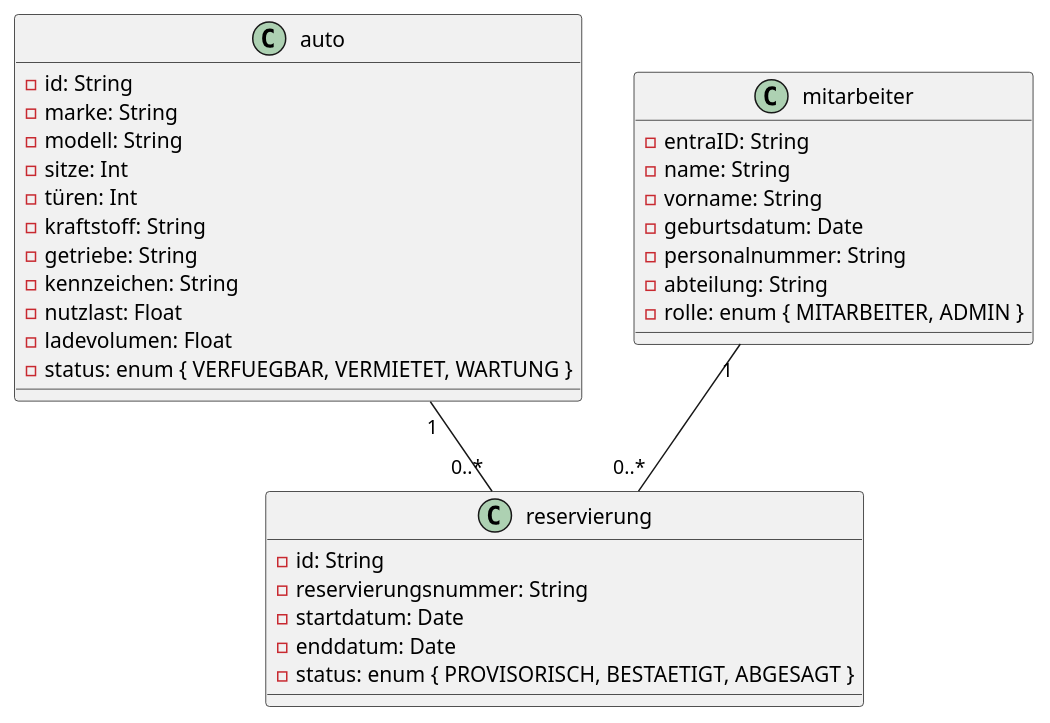
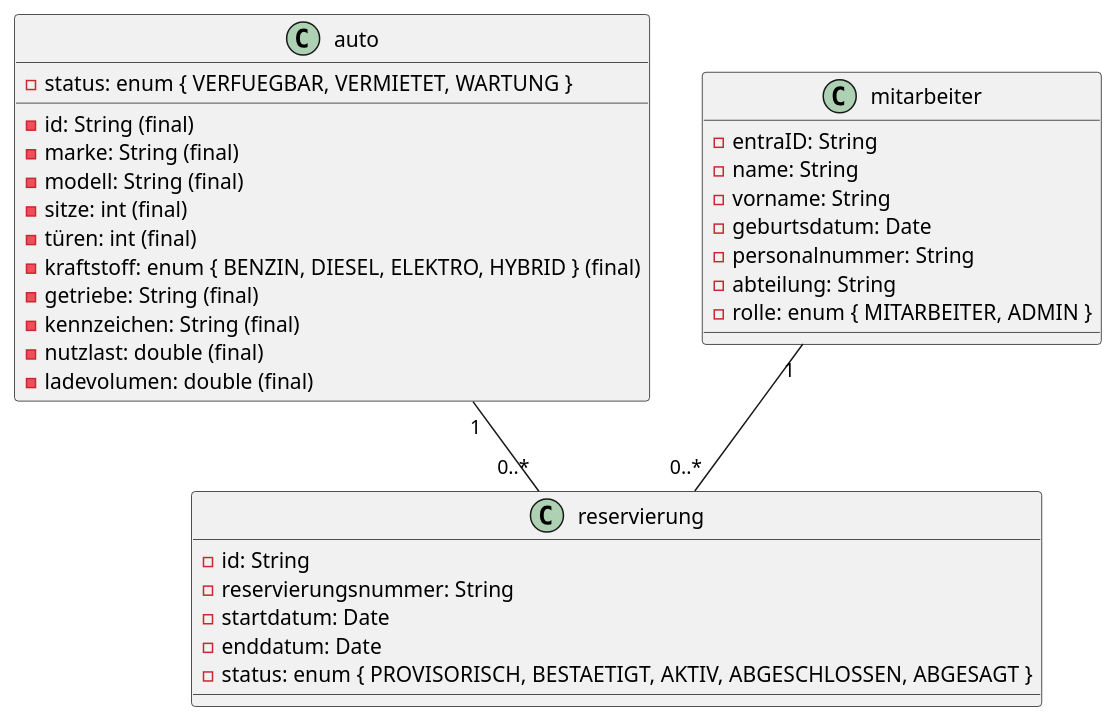
One commit to benjamingolder/go changed the diagram in docs/architecture.puml. Above: the diagram before and after it, drawn with PlantUML. The commit also changed 9 other files, not shown here.

```diff
--- a/docs/architecture.puml
+++ b/docs/architecture.puml
@@ -1,40 +1,38 @@
 @startuml
 
 class auto {
-    - id: String
-    - marke: String
-    - modell: String
-    - sitze: Int
-    - türen: Int
-    - kraftstoff: String
-    - getriebe: String
-    - kennzeichen: String
-    - nutzlast: Float
-    - ladevolumen: Float
+    - id: String (final)
+    - marke: String (final)
+    - modell: String (final)
+    - sitze: int (final)
+    - türen: int (final)
+    - kraftstoff: enum { BENZIN, DIESEL, ELEKTRO, HYBRID } (final)
+    - getriebe: String (final)
+    - kennzeichen: String (final)
+    - nutzlast: double (final)
+    - ladevolumen: double (final)
     - status: enum { VERFUEGBAR, VERMIETET, WARTUNG }
-    
 }
 
 class mitarbeiter {
     - entraID: String
     - name: String
     - vorname: String
     - geburtsdatum: Date
     - personalnummer: String
     - abteilung: String
     - rolle: enum { MITARBEITER, ADMIN }
 }
 
 class reservierung {
     - id: String
     - reservierungsnummer: String
     - startdatum: Date
     - enddatum: Date
-    - status: enum { PROVISORISCH, BESTAETIGT, ABGESAGT }
+    - status: enum { PROVISORISCH, BESTAETIGT, AKTIV, ABGESCHLOSSEN, ABGESAGT }
 }
 
 mitarbeiter "1" -- "0..*" reservierung
 auto "1" -- "0..*" reservierung
 
-
 @enduml
```
